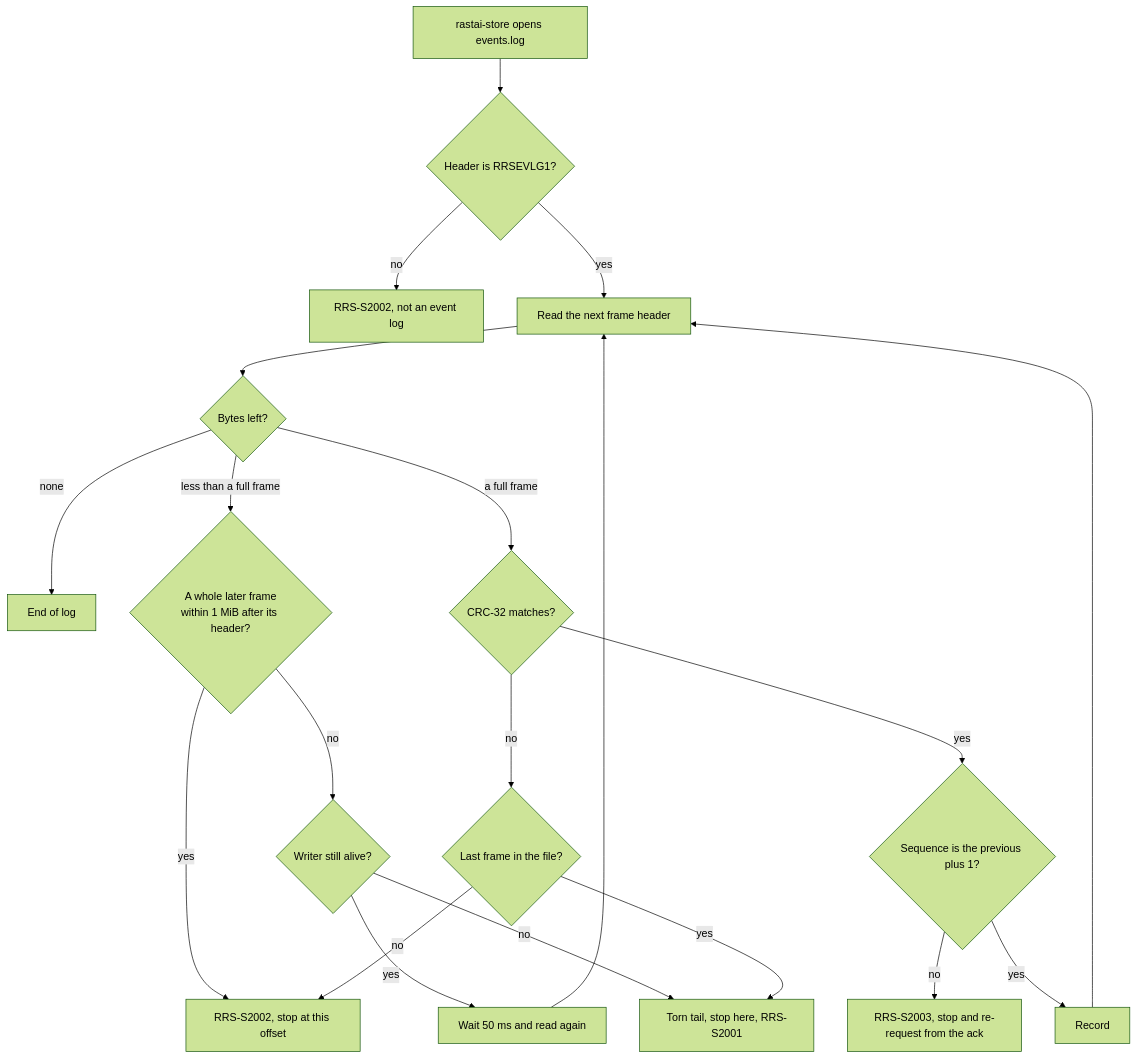
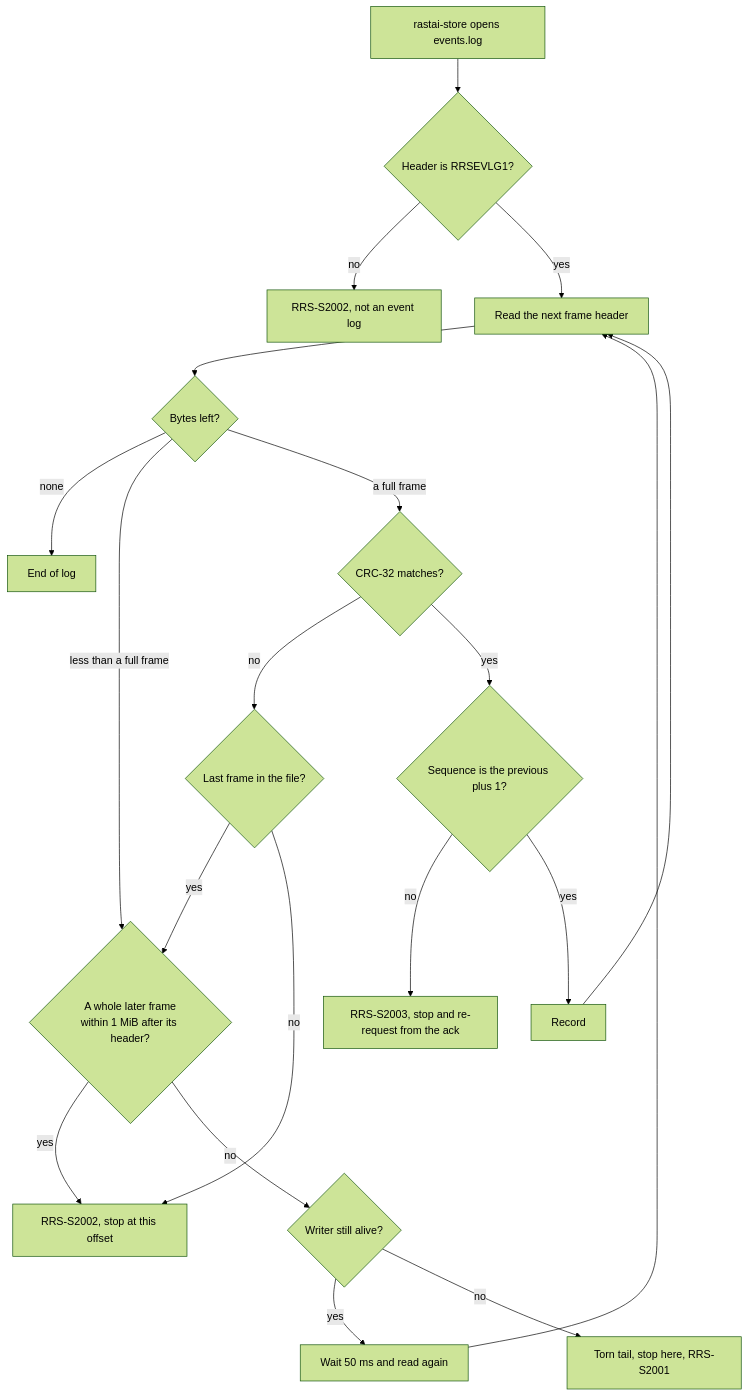
One commit to Snubiss/RASTAI-Research-Studio changed diagram 26 of 55 in docs/architecture/flows/platform.md. Above: the diagram before and after it, drawn with Mermaid (forest theme). The commit also changed other lines of this file and 9 other files, not shown here.

````diff
--- a/docs/architecture/flows/platform.md
+++ b/docs/architecture/flows/platform.md
@@ -1296,22 +1296,22 @@
 ```mermaid
 flowchart TD
   A["rastai-store opens events.log"] --> H{"Header is RRSEVLG1?"}
   H -->|"no"| C0["RRS-S2002, not an event log"]
   H -->|"yes"| N["Read the next frame header"]
   N --> E{"Bytes left?"}
   E -->|"none"| DONE["End of log"]
   E -->|"less than a full frame"| LATER{"A whole later frame<br/>within 1 MiB after its header?"}
   LATER -->|"yes"| CORR
   LATER -->|"no"| LIVE{"Writer still alive?"}
   LIVE -->|"yes"| WAIT["Wait 50 ms and read again"]
   WAIT --> N
   LIVE -->|"no"| TORN["Torn tail, stop here, RRS-S2001"]
   E -->|"a full frame"| K{"CRC-32 matches?"}
   K -->|"no"| LAST{"Last frame in the file?"}
-  LAST -->|"yes"| TORN
+  LAST -->|"yes"| LATER
   LAST -->|"no"| CORR["RRS-S2002, stop at this offset"]
   K -->|"yes"| SEQ{"Sequence is the previous plus 1?"}
   SEQ -->|"no"| GAP["RRS-S2003, stop and re-request from the ack"]
   SEQ -->|"yes"| REC["Record"]
   REC --> N
 ```
````
